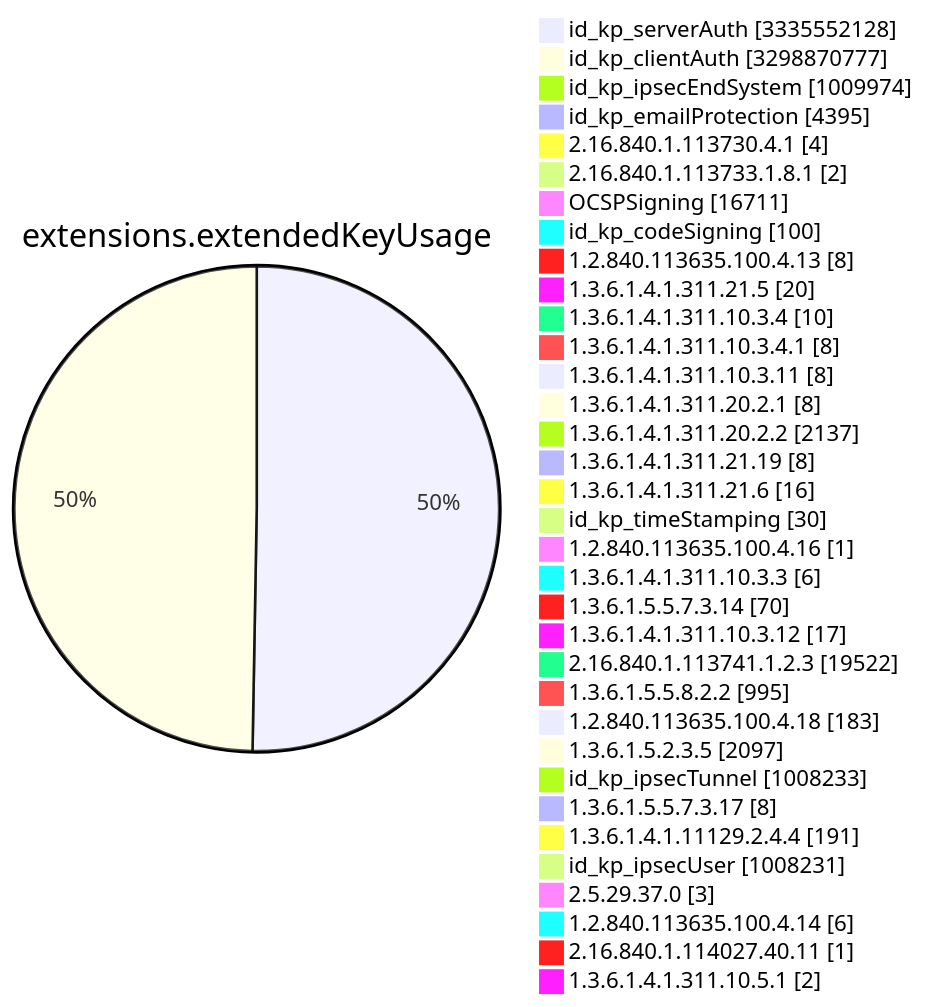
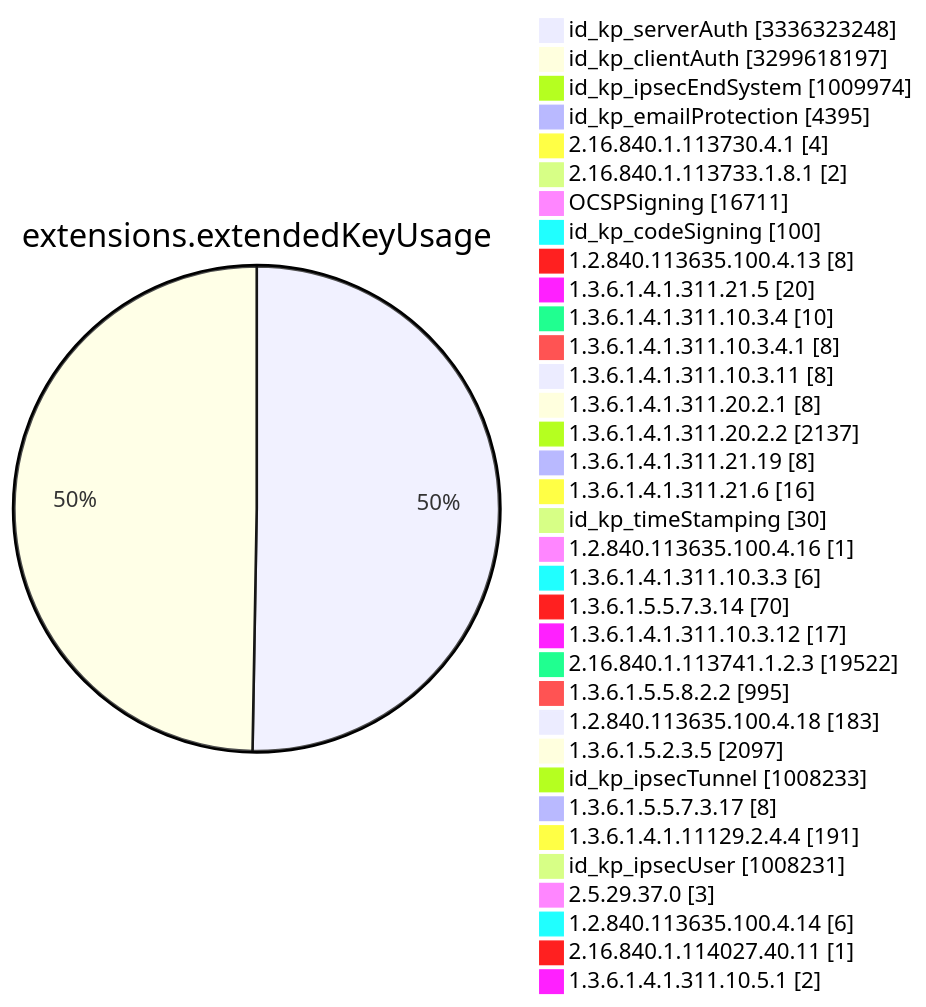
Before and after one commit to christiankrug/ctmonitor_visualization: diagram 11 of 15 in TOTAL/README.md, drawn with Mermaid. The commit also changed other lines of this file, not shown here.

````diff
--- a/TOTAL/README.md
+++ b/TOTAL/README.md
@@ -4120,38 +4120,38 @@
 ```mermaid
 pie showData
 title extensions.extendedKeyUsage
-"id_kp_serverAuth" :3335552128
-"id_kp_clientAuth" :3298870777
+"id_kp_serverAuth" :3336323248
+"id_kp_clientAuth" :3299618197
 "id_kp_ipsecEndSystem" :1009974
 "id_kp_emailProtection" :4395
 "2.16.840.1.113730.4.1" :4
 "2.16.840.1.113733.1.8.1" :2
 "OCSPSigning" :16711
 "id_kp_codeSigning" :100
 "1.2.840.113635.100.4.13" :8
 "1.3.6.1.4.1.311.21.5" :20
 "1.3.6.1.4.1.311.10.3.4" :10
 "1.3.6.1.4.1.311.10.3.4.1" :8
 "1.3.6.1.4.1.311.10.3.11" :8
 "1.3.6.1.4.1.311.20.2.1" :8
 "1.3.6.1.4.1.311.20.2.2" :2137
 "1.3.6.1.4.1.311.21.19" :8
 "1.3.6.1.4.1.311.21.6" :16
 "id_kp_timeStamping" :30
 "1.2.840.113635.100.4.16" :1
 "1.3.6.1.4.1.311.10.3.3" :6
 "1.3.6.1.5.5.7.3.14" :70
 "1.3.6.1.4.1.311.10.3.12" :17
 "2.16.840.1.113741.1.2.3" :19522
 "1.3.6.1.5.5.8.2.2" :995
 "1.2.840.113635.100.4.18" :183
 "1.3.6.1.5.2.3.5" :2097
 "id_kp_ipsecTunnel" :1008233
 "1.3.6.1.5.5.7.3.17" :8
 "1.3.6.1.4.1.11129.2.4.4" :191
 "id_kp_ipsecUser" :1008231
 "2.5.29.37.0" :3
 "1.2.840.113635.100.4.14" :6
 "2.16.840.1.114027.40.11" :1
 "1.3.6.1.4.1.311.10.5.1" :2
 ```
````
